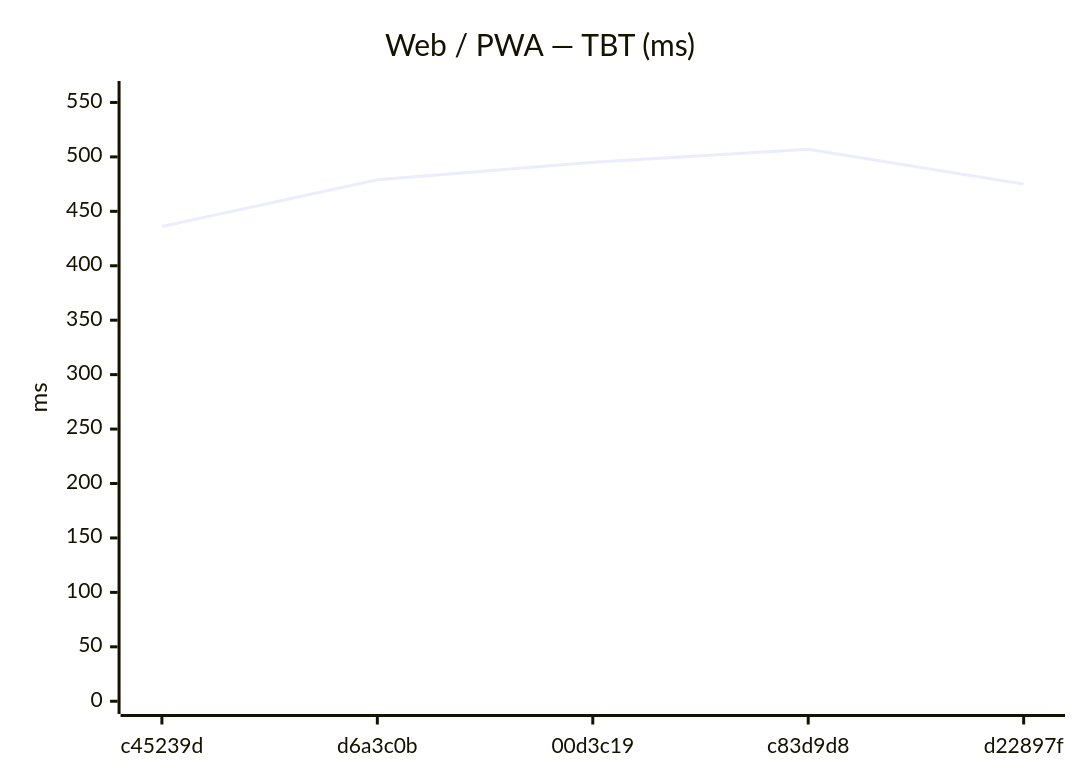
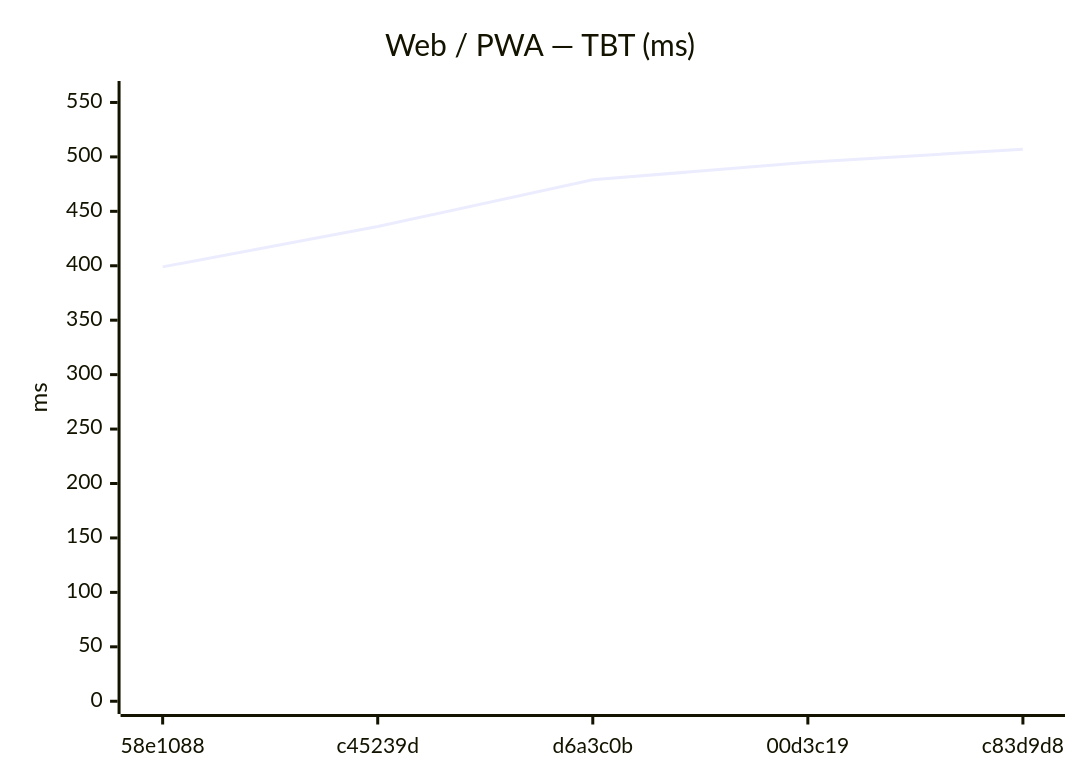
One commit to Metaheurist/Rianell changed the eighth of 18 diagrams in benchmarks/compare.md. Above: the diagram before and after it, drawn with Mermaid. The commit also changed other lines of this file and 11 other files, not shown here.

````diff
--- a/benchmarks/compare.md
+++ b/benchmarks/compare.md
@@ -124,7 +124,7 @@
 ```mermaid
 xychart-beta
     title "Web / PWA — TBT (ms)"
-    x-axis ["c45239d", "d6a3c0b", "00d3c19", "c83d9d8", "d22897f"]
+    x-axis ["58e1088", "c45239d", "d6a3c0b", "00d3c19", "c83d9d8"]
     y-axis "ms" 0 --> 558
-    line [436, 479, 495, 507, 475]
+    line [399, 436, 479, 495, 507]
 ```
````
